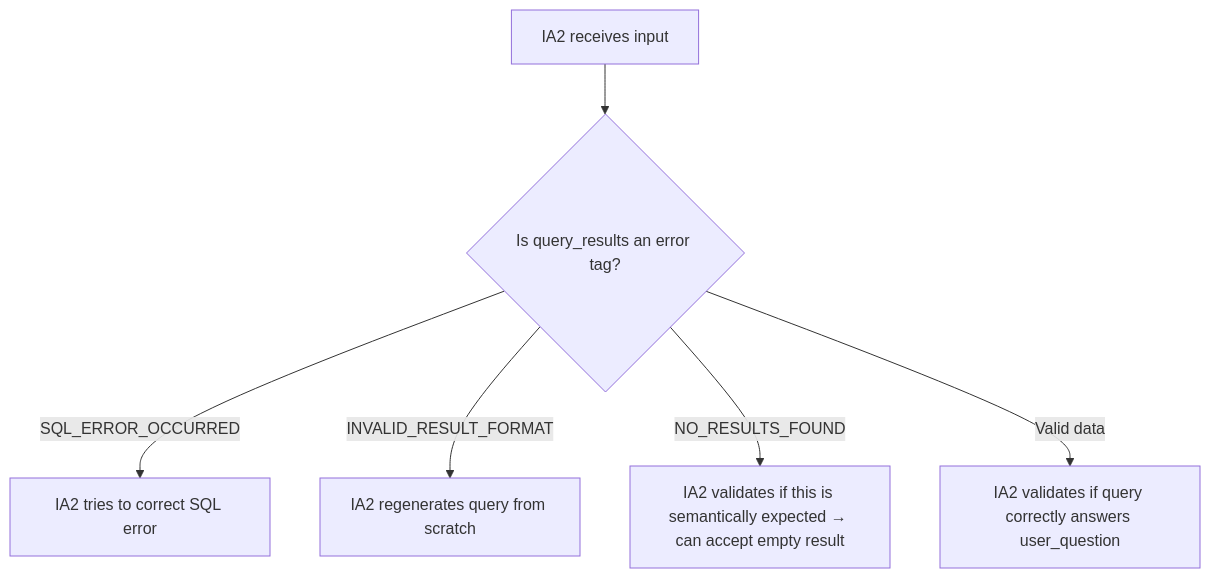
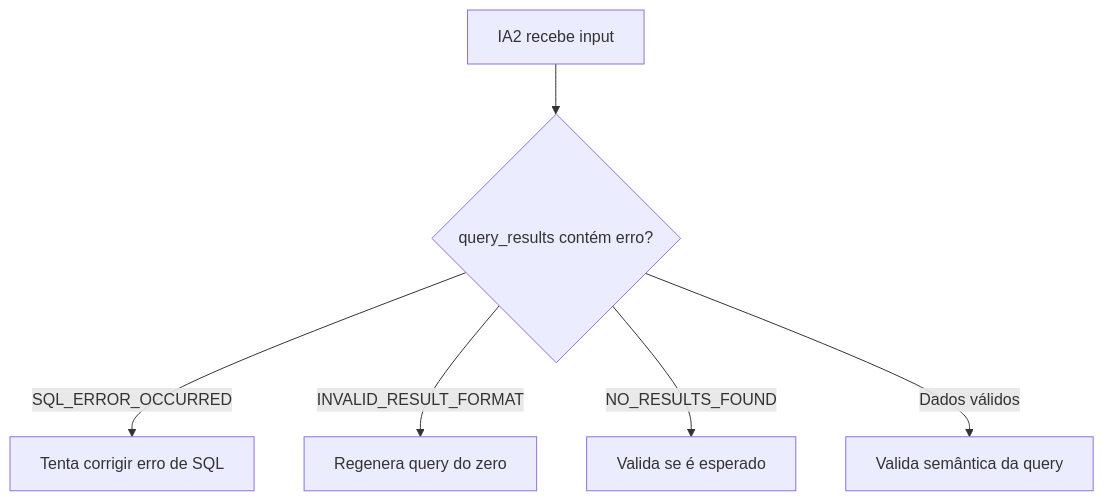
Before and after one commit to raphael-santosz/LangQueryGen: the third of 5 diagrams in README.md, drawn with Mermaid. The commit also changed other lines of this file, not shown here.

````diff
--- a/README.md
+++ b/README.md
@@ -140,8 +165,8 @@
 ```mermaid
 flowchart TD
-    A[IA2 receives input] --> B{Is query_results an error tag?}
-    B -->|SQL_ERROR_OCCURRED| C[IA2 tries to correct SQL error]
-    B -->|INVALID_RESULT_FORMAT| D[IA2 regenerates query from scratch]
-    B -->|NO_RESULTS_FOUND| E[IA2 validates if this is semantically expected → can accept empty result]
-    B -->|Valid data| F[IA2 validates if query correctly answers user_question]
+    A[IA2 recebe input] --> B{query_results contém erro?}
+    B -->|SQL_ERROR_OCCURRED| C[Tenta corrigir erro de SQL]
+    B -->|INVALID_RESULT_FORMAT| D[Regenera query do zero]
+    B -->|NO_RESULTS_FOUND| E[Valida se é esperado]
+    B -->|Dados válidos| F[Valida semântica da query]
 ```
````
